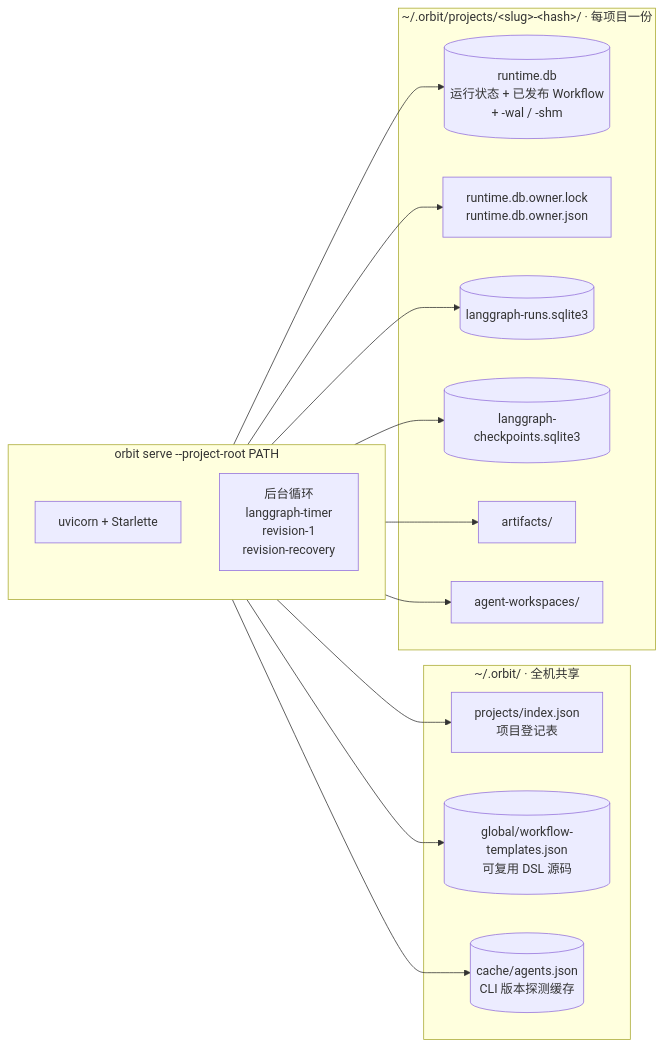
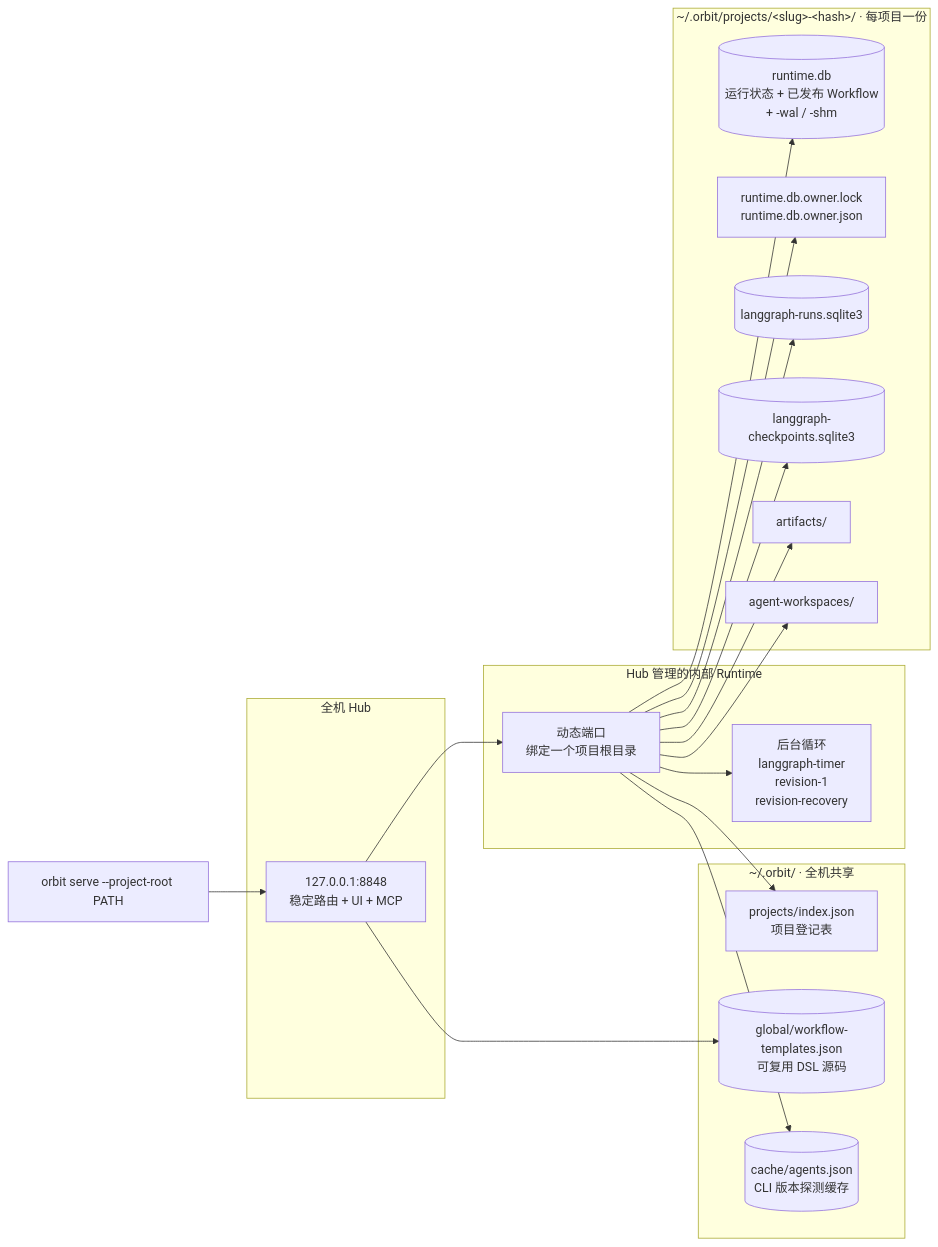
The second of 6 diagrams in docs/architecture.md (TNJ2026/orbit-runtime), drawn with Mermaid before and after one commit. The commit also changed other lines of this file and 13 other files, not shown here.

Commit message:
Make orbit serve start the hub

````diff
--- a/docs/architecture.md
+++ b/docs/architecture.md
@@ -87,32 +88,38 @@
 ```mermaid
 flowchart LR
-    subgraph proc["orbit serve --project-root PATH"]
-        UV["uvicorn + Starlette"]
+    CLI["orbit serve --project-root PATH"] --> HUB
+    subgraph proc["全机 Hub"]
+        HUB["127.0.0.1:8848<br/>稳定路由 + UI + MCP"]
+    end
+    HUB --> CHILD
+    subgraph runtime["Hub 管理的内部 Runtime"]
+        CHILD["动态端口<br/>绑定一个项目根目录"]
         LOOPS["后台循环<br/>langgraph-timer<br/>revision-1<br/>revision-recovery"]
+        CHILD --> LOOPS
     end
 
     subgraph hostwide["~/.orbit/ · 全机共享"]
         IDX["projects/index.json<br/>项目登记表"]
         TEMPLATES[("global/workflow-templates.json<br/>可复用 DSL 源码")]
         CACHE[("cache/agents.json<br/>CLI 版本探测缓存")]
     end
 
     subgraph perproj["~/.orbit/projects/&lt;slug&gt;-&lt;hash&gt;/ · 每项目一份"]
         RDB[("runtime.db<br/>运行状态 + 已发布 Workflow<br/>+ -wal / -shm")]
         LOCK["runtime.db.owner.lock<br/>runtime.db.owner.json"]
         RUNS[("langgraph-runs.sqlite3")]
         CKPT[("langgraph-checkpoints.sqlite3")]
         ARTD["artifacts/"]
         WSD["agent-workspaces/"]
     end
 
-    proc --> RDB
-    proc --> RUNS
-    proc --> CKPT
-    proc --> ARTD
-    proc --> WSD
-    proc --> LOCK
-    proc --> TEMPLATES
-    proc --> CACHE
-    proc --> IDX
+    CHILD --> RDB
+    CHILD --> RUNS
+    CHILD --> CKPT
+    CHILD --> ARTD
+    CHILD --> WSD
+    CHILD --> LOCK
+    HUB --> TEMPLATES
+    CHILD --> CACHE
+    CHILD --> IDX
 ```
````
